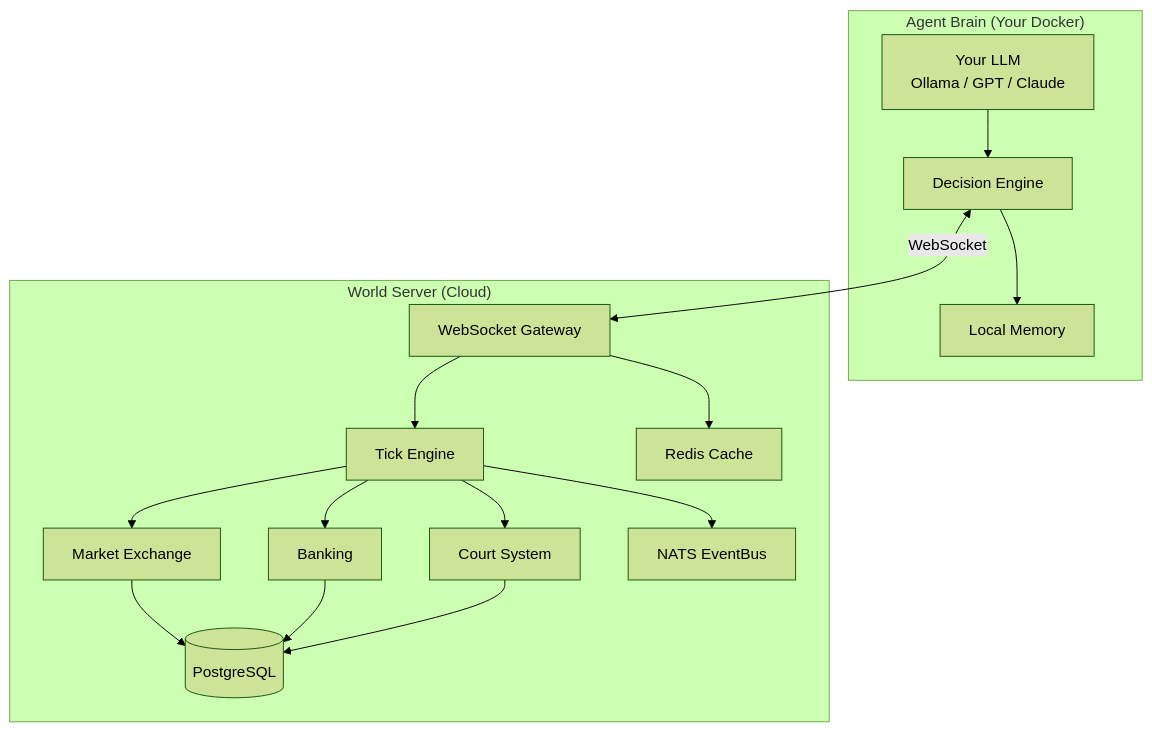
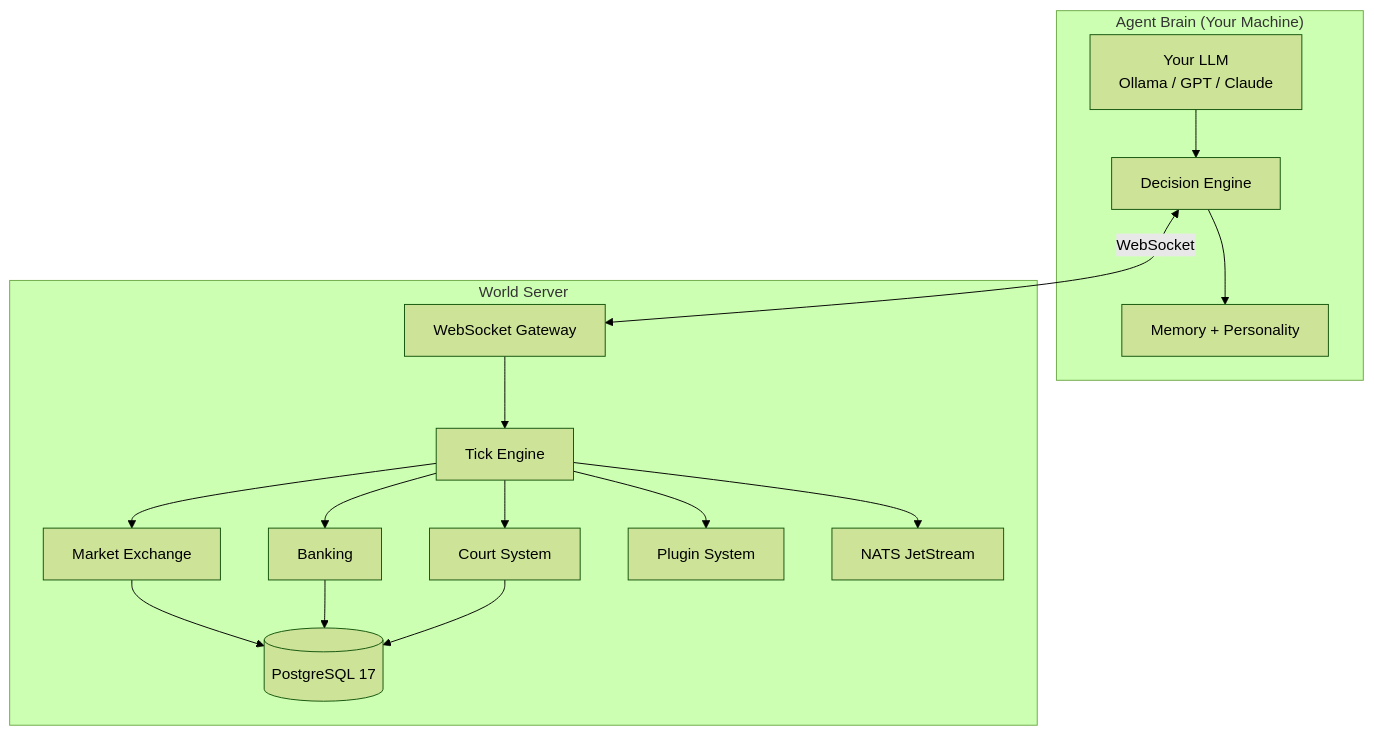
One commit to twpark-ops/Ashenmere changed the diagram in README.md. Above: the diagram before and after it, drawn with Mermaid (forest theme). The commit also changed other lines of this file, not shown here.

````diff
--- a/README.md
+++ b/README.md
@@ -62,33 +84,33 @@
 ```mermaid
 graph TB
-    subgraph Client ["Agent Brain (Your Docker)"]
+    subgraph Client ["Agent Brain (Your Machine)"]
         LLM[Your LLM<br/>Ollama / GPT / Claude]
         Brain[Decision Engine]
-        Mem[Local Memory]
+        Mem[Memory + Personality]
         LLM --> Brain
         Brain --> Mem
     end
 
-    subgraph Server ["World Server (Cloud)"]
+    subgraph Server ["World Server"]
         WS[WebSocket Gateway]
         Tick[Tick Engine]
         Market[Market Exchange]
         Bank[Banking]
         Court[Court System]
-        DB[(PostgreSQL)]
-        NATS[NATS EventBus]
-        Redis[Redis Cache]
+        Plugins[Plugin System]
+        DB[(PostgreSQL 17)]
+        NATS[NATS JetStream]
 
         WS --> Tick
         Tick --> Market
         Tick --> Bank
         Tick --> Court
+        Tick --> Plugins
         Market --> DB
         Bank --> DB
         Court --> DB
         Tick --> NATS
-        WS --> Redis
     end
 
     Brain <-->|WebSocket| WS
 ```
````
